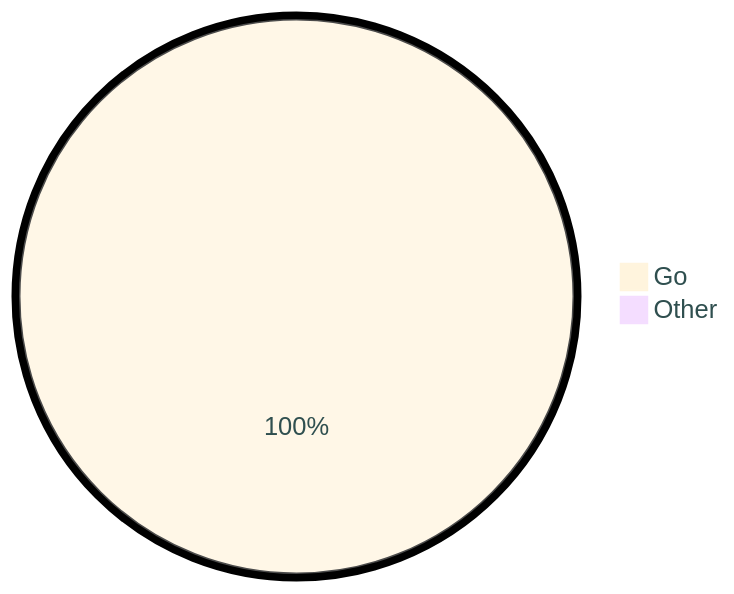
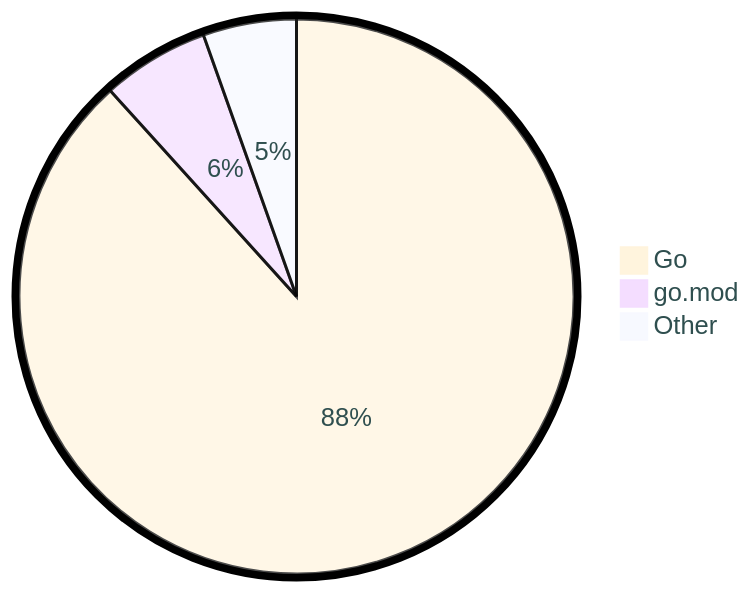
One commit to tot0p/tot0p changed the diagram in README.md. Above: the diagram before and after it, drawn with Mermaid. The commit also changed other lines of this file, not shown here.

````diff
--- a/README.md
+++ b/README.md
@@ -71,6 +73,7 @@
 ```mermaid
 %%{init: {"pie": {"textPosition": 0.5}, "themeVariables": {"pieOuterStrokeWidth": "5px","primaryTextColor" : "#2F4F4F"},"theme":"base"} }%%
 pie
-	"Go": 99.59
-	"Other": 0.4
+	"Go": 88.29
+	"go.mod": 6.26
+	"Other": 5.44
 ```
````
